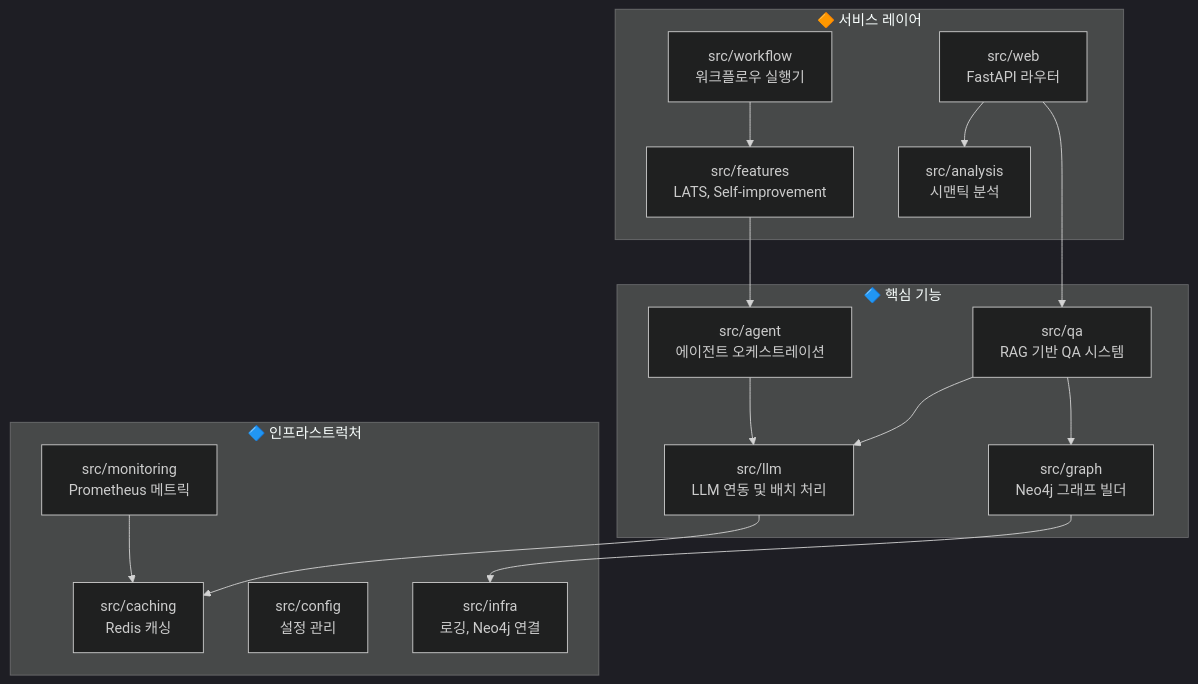
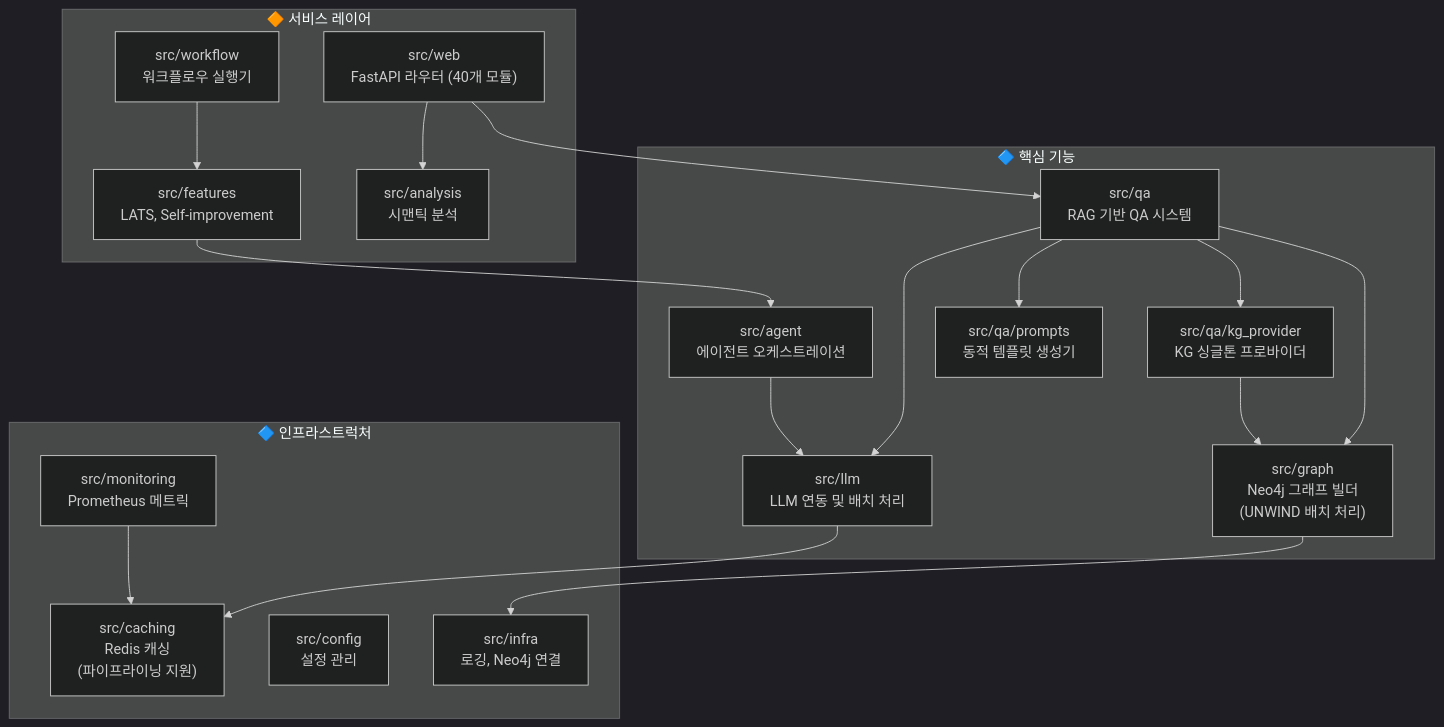
One commit to hamtoy/Test changed the diagram in devplan/Project_Evaluation_Report.md. Above: the diagram before and after it, drawn with Mermaid (dark theme). The commit also changed other lines of this file and 10 other files, not shown here.

````diff
--- a/devplan/Project_Evaluation_Report.md
+++ b/devplan/Project_Evaluation_Report.md
@@ -38,34 +44,39 @@
 ```mermaid
 flowchart TB
     subgraph Core["🔷 핵심 기능"]
         LLM["src/llm<br/>LLM 연동 및 배치 처리"]
         Agent["src/agent<br/>에이전트 오케스트레이션"]
-        Graph["src/graph<br/>Neo4j 그래프 빌더"]
+        Graph["src/graph<br/>Neo4j 그래프 빌더<br/>(UNWIND 배치 처리)"]
         QA["src/qa<br/>RAG 기반 QA 시스템"]
+        KGProvider["src/qa/kg_provider<br/>KG 싱글톤 프로바이더"]
+        Prompts["src/qa/prompts<br/>동적 템플릿 생성기"]
     end
     
     subgraph Services["🔶 서비스 레이어"]
-        Web["src/web<br/>FastAPI 라우터"]
+        Web["src/web<br/>FastAPI 라우터 (40개 모듈)"]
         Features["src/features<br/>LATS, Self-improvement"]
         Analysis["src/analysis<br/>시맨틱 분석"]
         Workflow["src/workflow<br/>워크플로우 실행기"]
     end
     
     subgraph Infra["🔷 인프라스트럭처"]
-        Cache["src/caching<br/>Redis 캐싱"]
+        Cache["src/caching<br/>Redis 캐싱<br/>(파이프라이닝 지원)"]
         Monitor["src/monitoring<br/>Prometheus 메트릭"]
         Config["src/config<br/>설정 관리"]
         Infra2["src/infra<br/>로깅, Neo4j 연결"]
     end
     
     Web --> QA
     Web --> Analysis
     QA --> Graph
     QA --> LLM
+    QA --> KGProvider
+    QA --> Prompts
+    KGProvider --> Graph
     Agent --> LLM
     Features --> Agent
     Workflow --> Features
     Graph --> Infra2
     LLM --> Cache
     Monitor --> Cache
 ```
````
